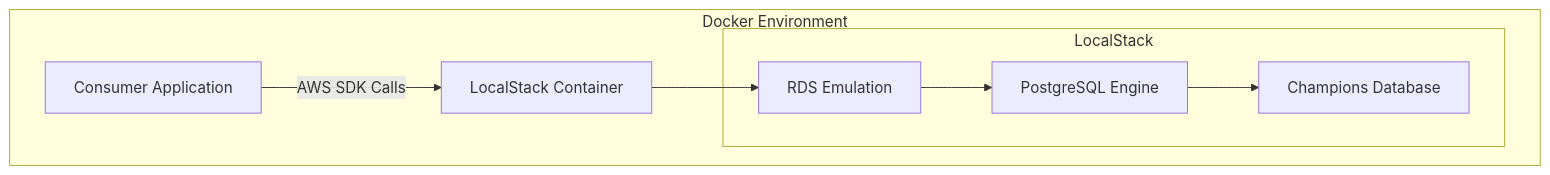
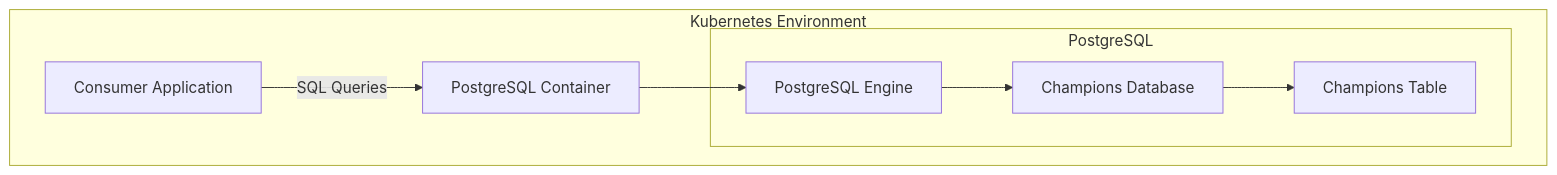
The fourth of 4 diagrams in docs/consumer-architecture-diagram.md (marcopaulosilva/poc_devin), drawn with Mermaid before and after one commit. The commit also changed other lines of this file, not shown here.

Commit message:
Update architecture diagram to reflect PostgreSQL integration

````diff
--- a/docs/consumer-architecture-diagram.md
+++ b/docs/consumer-architecture-diagram.md
@@ -104,18 +104,18 @@
 ```mermaid
 graph TD
-    subgraph "Docker Environment"
+    subgraph "Kubernetes Environment"
         A[Consumer Application]
-        B[LocalStack Container]
+        B[PostgreSQL Container]
         
-        subgraph "LocalStack"
-            C[RDS Emulation]
-            D[PostgreSQL Engine]
-            E[Champions Database]
+        subgraph "PostgreSQL"
+            C[PostgreSQL Engine]
+            D[Champions Database]
+            E[Champions Table]
         end
     end
     
-    A -->|"AWS SDK Calls"| B
+    A -->|"SQL Queries"| B
     B --> C
     C --> D
     D --> E
 ```
````
